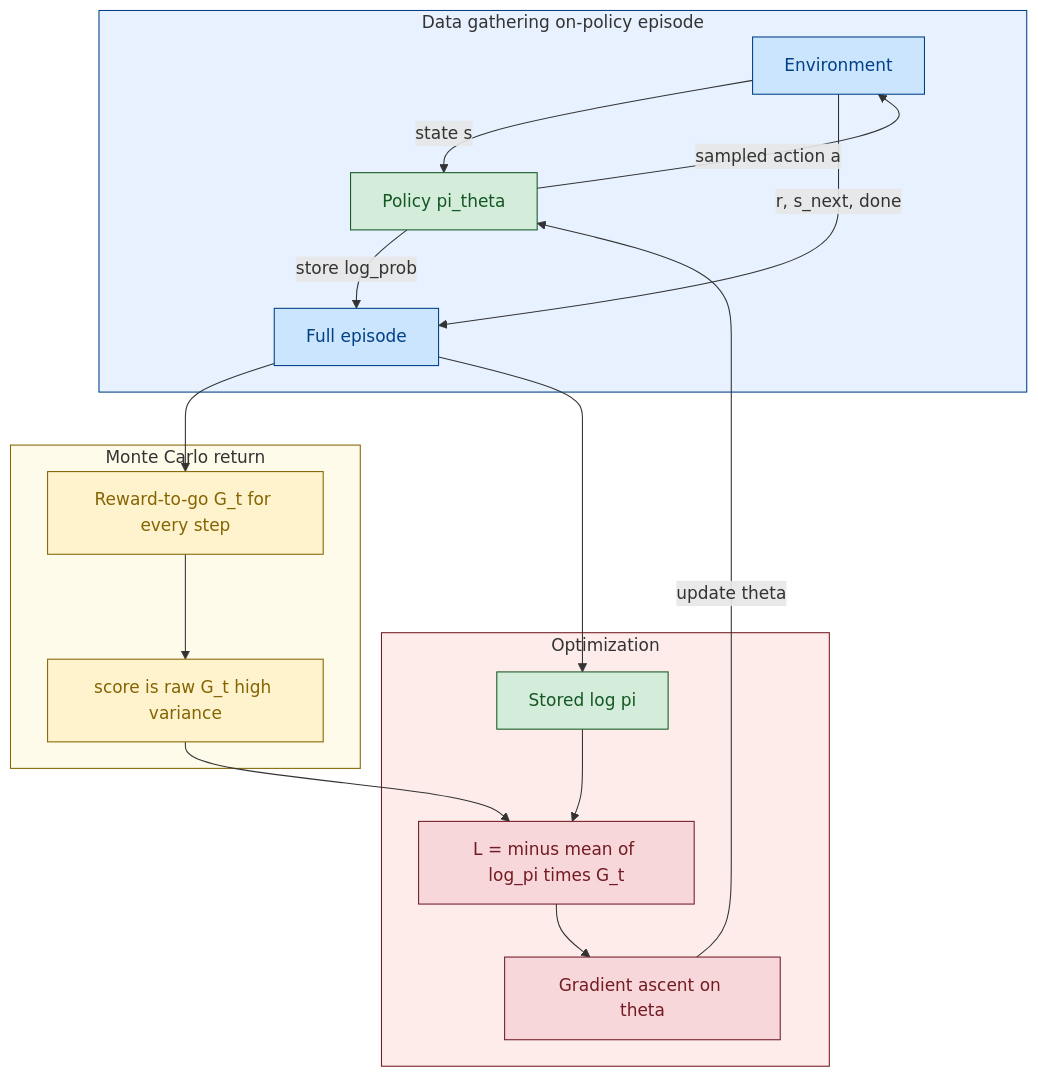
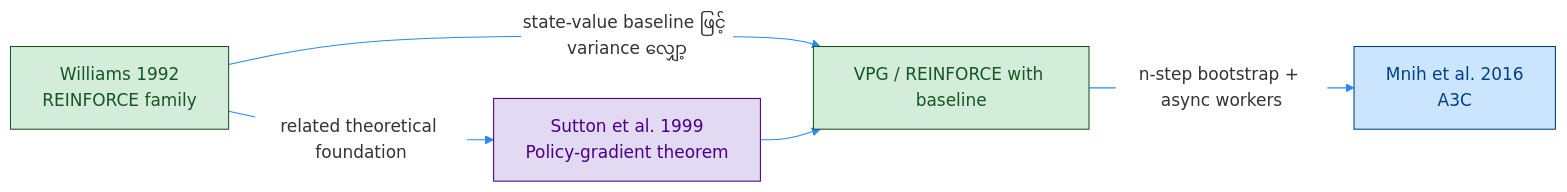
The third of 3 diagrams in Day81 RL python/02_Miguel Morales - Grokking Deep Reinforcement Learning/02_rl_with_dl/rom_photos/06_1_PB_REINFORCE.md (Open-Source-Robotics-For-Myanmar/rl), drawn with Mermaid before and after one commit. The commit also changed other lines of this file and 5 other files, not shown here.

Commit message:
docs: organize paper and architecture notes in README

````diff
--- a/Day81 RL python/02_Miguel Morales - Grokking Deep Reinforcement Learning/02_rl_with_dl/rom_photos/06_1_PB_REINFORCE.md
+++ b/Day81 RL python/02_Miguel Morales - Grokking Deep Reinforcement Learning/02_rl_with_dl/rom_photos/06_1_PB_REINFORCE.md
@@ -102,31 +117,15 @@
 ```mermaid
-flowchart TD
-    subgraph Phase1["Data gathering on-policy episode"]
-        Env2["Environment"]:::shared -->|"state s"| Agent["Policy pi_theta"]:::policy
-        Agent -->|"sampled action a"| Env2
-        Agent -->|"store log_prob"| Traj2["Full episode"]:::shared
-        Env2 -->|"r, s_next, done"| Traj2
-    end
+%%{init: {'theme': 'base', 'themeVariables': { 'primaryColor': '#ffffff', 'lineColor': '#218bff'}}}%%
+flowchart LR
+    W["Williams 1992<br/>REINFORCE family"] -->|"state-value baseline ဖြင့် variance လျှော့"| V["VPG / REINFORCE with baseline"]
+    W -->|"related theoretical foundation"| S["Sutton et al. 1999<br/>Policy-gradient theorem"]
+    S --> V
+    V -->|"n-step bootstrap + async workers"| A["Mnih et al. 2016<br/>A3C"]
 
-    subgraph Phase2["Monte Carlo return"]
-        Traj2 --> Gt["Reward-to-go G_t for every step"]:::sample
-        Gt --> Score["score is raw G_t high variance"]:::sample
-    end
-
-    subgraph Phase4["Optimization"]
-        Traj2 --> LP2["Stored log pi"]:::policy
-        LP2 --> Loss["L = minus mean of log_pi times G_t"]:::train
-        Score --> Loss
-        Loss --> Opt["Gradient ascent on theta"]:::train
-        Opt -->|"update theta"| Agent
-    end
-
-    classDef shared fill:#cce5ff,stroke:#004085,color:#004085
-    classDef policy fill:#d4edda,stroke:#155724,color:#155724
-    classDef sample fill:#fff3cd,stroke:#856404,color:#856404
-    classDef train fill:#f8d7da,stroke:#721c24,color:#721c24
-
-    style Phase1 fill:#e7f1ff,stroke:#004085
-    style Phase2 fill:#fffbea,stroke:#856404
-    style Phase4 fill:#fdecea,stroke:#721c24
+    classDef policy fill:#d4edda,stroke:#155724,stroke-width:1px,color:#155724;
+    classDef theory fill:#e2d9f3,stroke:#4b0082,stroke-width:1px,color:#4b0082;
+    classDef data fill:#cce5ff,stroke:#004085,stroke-width:1px,color:#004085;
+    class W,V policy;
+    class S theory;
+    class A data;
 ```
````
